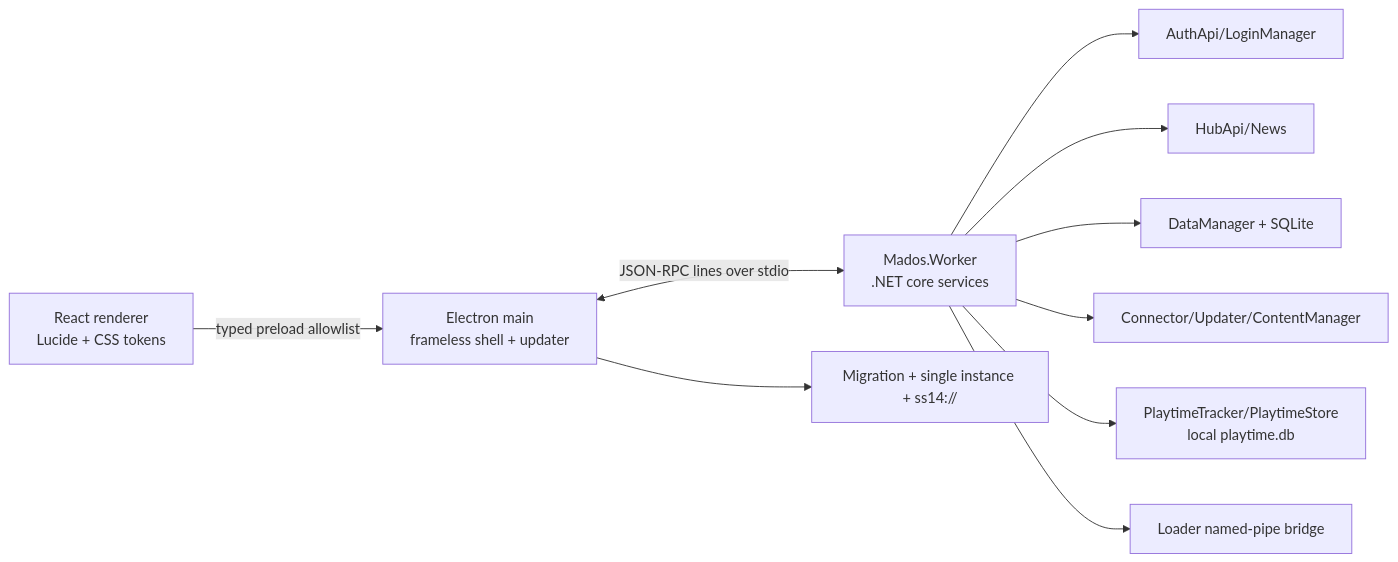
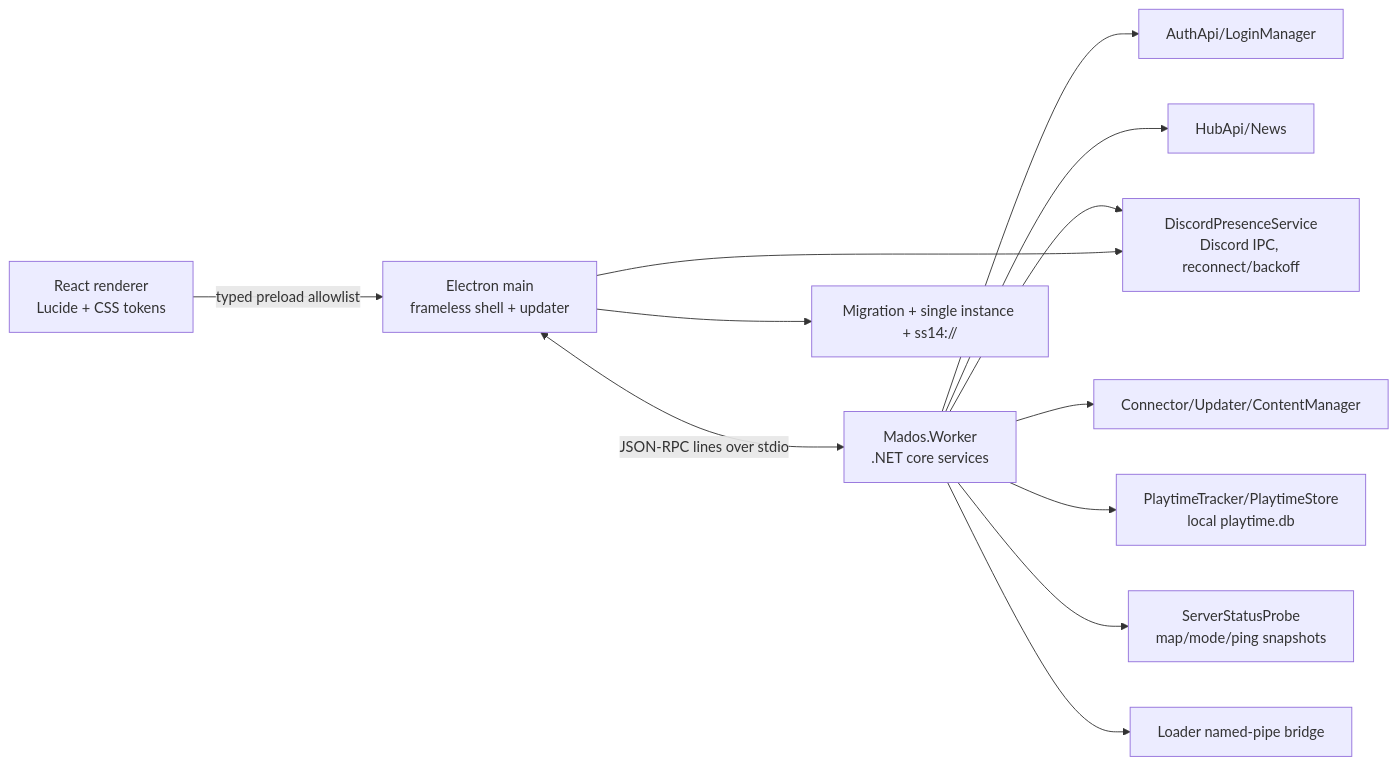
The diagram in docs/mados-launcher-inventory.md (Endennsss/mados_launcher), drawn with Mermaid before and after one commit. The commit also changed other lines of this file and 20 other files, not shown here.

Commit message:
feat: add Discord Rich Presence and server status details

````diff
--- a/docs/mados-launcher-inventory.md
+++ b/docs/mados-launcher-inventory.md
@@ -30,12 +31,14 @@
 ```mermaid
 flowchart LR
   R[React renderer\nLucide + CSS tokens] -->|typed preload allowlist| M[Electron main\nframeless shell + updater]
   M <-->|JSON-RPC lines over stdio| W[Mados.Worker\n.NET core services]
   W --> A[AuthApi/LoginManager]
   W --> H[HubApi/News]
   W --> D[DataManager + SQLite]
   W --> C[Connector/Updater/ContentManager]
   W --> P[PlaytimeTracker/PlaytimeStore\nlocal playtime.db]
+  W --> Q[ServerStatusProbe\nmap/mode/ping snapshots]
   W --> L[Loader named-pipe bridge]
   M --> S[Migration + single instance + ss14://]
+  M --> D[DiscordPresenceService\nDiscord IPC, reconnect/backoff]
 ```
````
